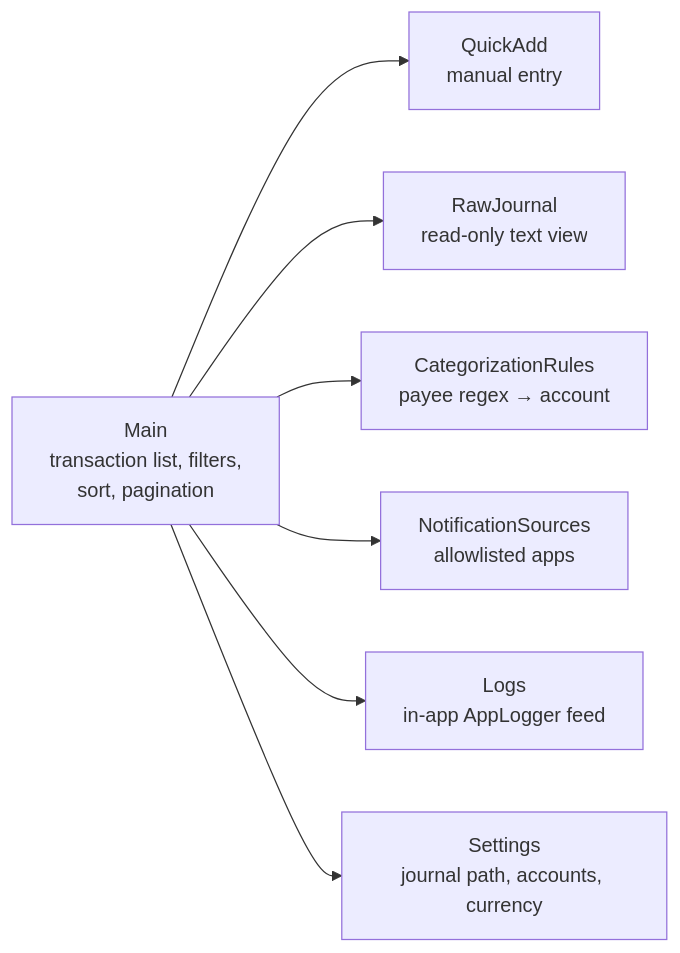
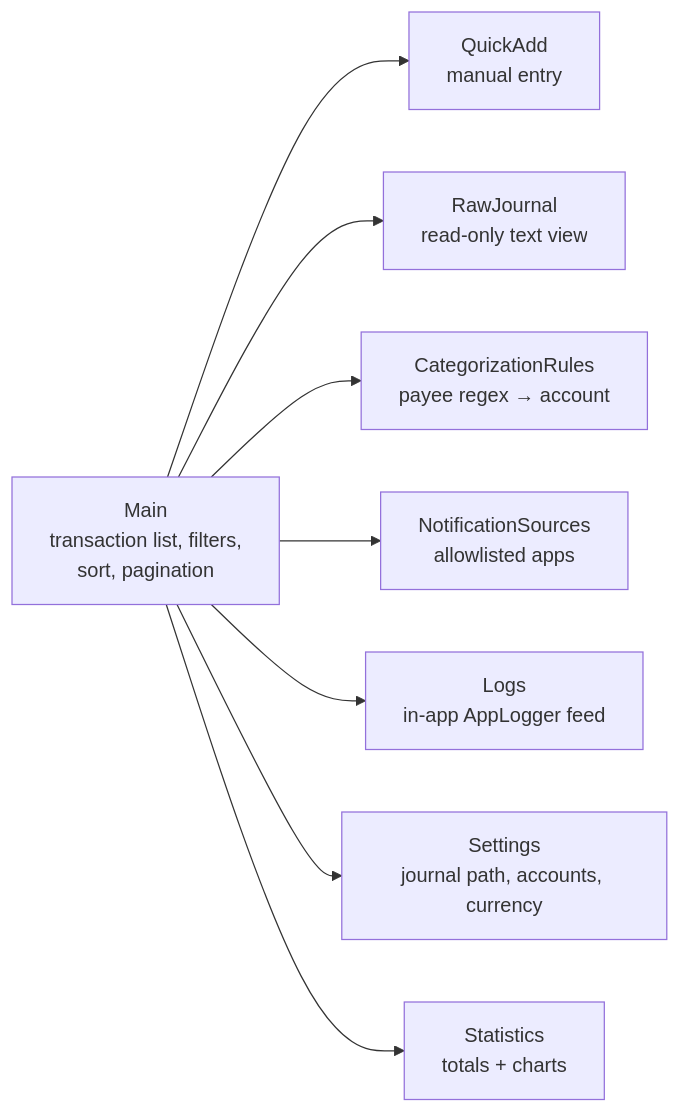
One commit to ukizet/NotifLedger changed the seventh of 8 diagrams in docs/architecture.md. Above: the diagram before and after it, drawn with Mermaid. The commit also changed other lines of this file and 40 other files, not shown here.

````diff
--- a/docs/architecture.md
+++ b/docs/architecture.md
@@ -285,17 +291,19 @@
 ```mermaid
 flowchart LR
     Main["Main<br/>transaction list, filters,<br/>sort, pagination"]
     QuickAdd["QuickAdd<br/>manual entry"]
     RawJournal["RawJournal<br/>read-only text view"]
     Rules["CategorizationRules<br/>payee regex → account"]
     Sources["NotificationSources<br/>allowlisted apps"]
     Logs["Logs<br/>in-app AppLogger feed"]
     Settings["Settings<br/>journal path, accounts, currency"]
+    Stats["Statistics<br/>totals + charts"]
 
     Main --> QuickAdd
     Main --> RawJournal
     Main --> Rules
     Main --> Sources
     Main --> Logs
     Main --> Settings
+    Main --> Stats
 ```
````
